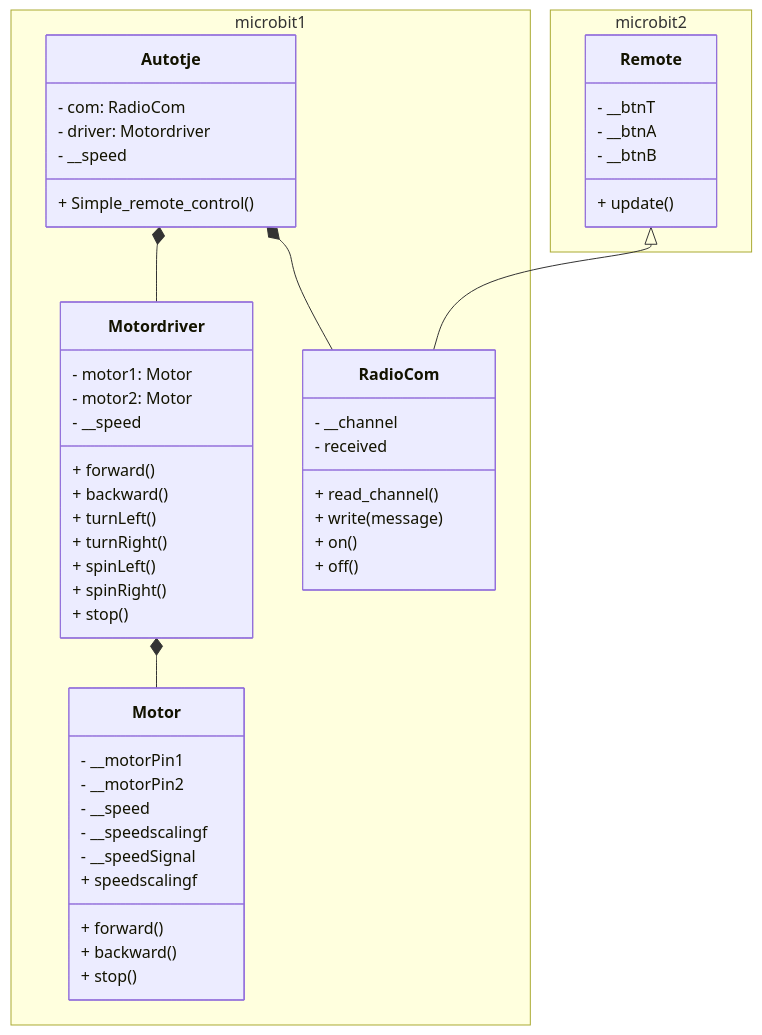
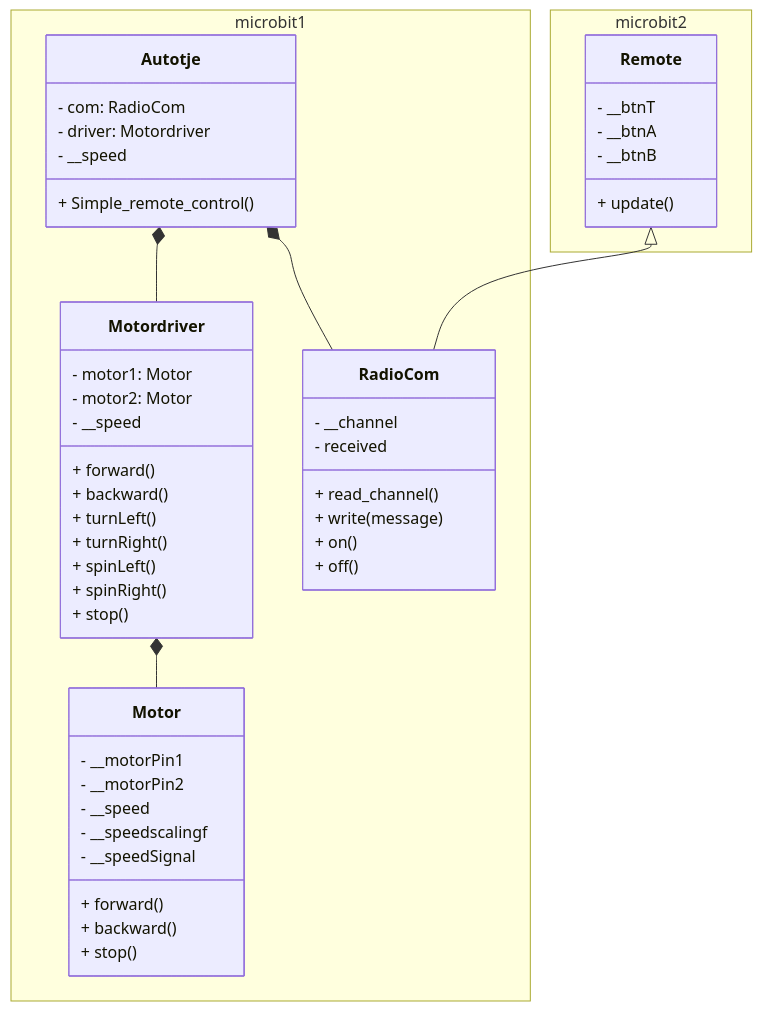
One commit to jensthebrogrammer/project_autotje changed the diagram in newUML.md. Above: the diagram before and after it, drawn with Mermaid.

````diff
--- a/newUML.md
+++ b/newUML.md
@@ -1,62 +1,61 @@
 ```mermaid
 classDiagram
     namespace microbit1 {
         class Autotje {
             - com: RadioCom
             - driver: Motordriver
             - __speed
             + Simple_remote_control()
         }
 
         class Motor {
             - __motorPin1
             - __motorPin2
             - __speed
             - __speedscalingf
             - __speedSignal
             + forward()
             + backward()
             + stop()
-            + speedscalingf
         }
         
         class Motordriver {
             - motor1: Motor
             - motor2: Motor
             - __speed
             + forward()
             + backward()
             + turnLeft()
             + turnRight()
             + spinLeft()
             + spinRight()
             + stop()
         }
 
         class RadioCom {
             - __channel
             - received
             + read_channel()
             + write(message)
             + on()
             + off()
         }
     }
 
     namespace microbit2 {
         class Remote {
             - __btnT
             - __btnA
             - __btnB
             + update()
         }
     }
 
     Autotje *-- RadioCom 
     Autotje *-- Motordriver 
     Motordriver *-- Motor 
     Remote <|-- RadioCom
 
 
 
  ```
````
